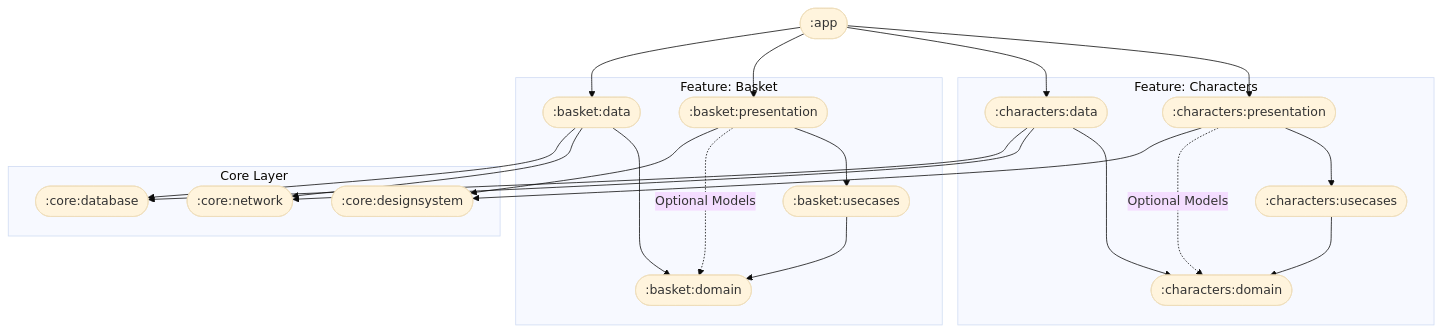
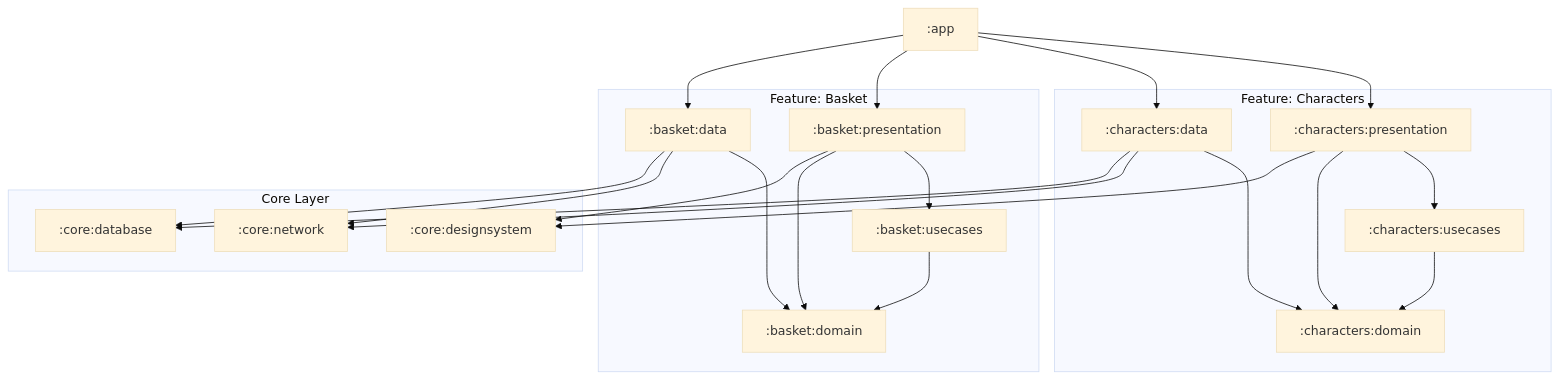
Before and after one commit to albertmartorell1975/android-ai-workflow-foundation: the diagram in .agents/skills/module-architecture-governance/references/feature-modularization-strategy.md, drawn with Mermaid (base theme). The commit also changed other lines of this file, not shown here.

Commit message:
docs(skills): add Mermaid Live Editor link for dependency graph visualization

````diff
--- a/.agents/skills/module-architecture-governance/references/feature-modularization-strategy.md
+++ b/.agents/skills/module-architecture-governance/references/feature-modularization-strategy.md
@@ -35,54 +37,45 @@
 ```mermaid
 graph TD
-    %% App Layer (The Integrator)
-    App([:app])
-    
-    %% Feature: Characters
-    subgraph Feature: Characters
-        CharPres([:characters:presentation])
-        CharUse([:characters:usecases])
-        CharData([:characters:data])
-        CharDom([:characters:domain])
+    App[":app"]
+
+    subgraph "Feature: Characters"
+        CharPres[":characters:presentation"]
+        CharUse[":characters:usecases"]
+        CharData[":characters:data"]
+        CharDom[":characters:domain"]
     end
 
-    %% Feature: Basket
-    subgraph Feature: Basket
-        BasketPres([:basket:presentation])
-        BasketUse([:basket:usecases])
-        BasketData([:basket:data])
-        BasketDom([:basket:domain])
+    subgraph "Feature: Basket"
+        BasketPres[":basket:presentation"]
+        BasketUse[":basket:usecases"]
+        BasketData[":basket:data"]
+        BasketDom[":basket:domain"]
     end
 
-    %% Core Layer (Shared Infrastructure)
-    subgraph Core Layer
-        CoreDS([:core:designsystem])
-        CoreNet([:core:network])
-        CoreDB([:core:database])
+    subgraph "Core Layer"
+        CoreDS[":core:designsystem"]
+        CoreNet[":core:network"]
+        CoreDB[":core:database"]
     end
 
-    %% Connections for :app
     App --> CharPres
     App --> CharData
     App --> BasketPres
     App --> BasketData
 
-    %% Connections for Characters
     CharPres --> CharUse
-    CharPres -.->|Optional Models| CharDom
+    CharPres --> CharDom
     CharUse --> CharDom
+    CharPres --> CoreDS
     CharData --> CharDom
-    
-    %% Connections for Basket
+    CharData --> CoreNet
+    CharData --> CoreDB
+
     BasketPres --> BasketUse
-    BasketPres -.->|Optional Models| BasketDom
+    BasketPres --> BasketDom
     BasketUse --> BasketDom
+    BasketPres --> CoreDS
     BasketData --> BasketDom
-
-    %% Connections to Core
-    CharPres --> CoreDS
-    BasketPres --> CoreDS
-    CharData --> CoreNet
     BasketData --> CoreNet
-    CharData --> CoreDB
     BasketData --> CoreDB
 ```
````
